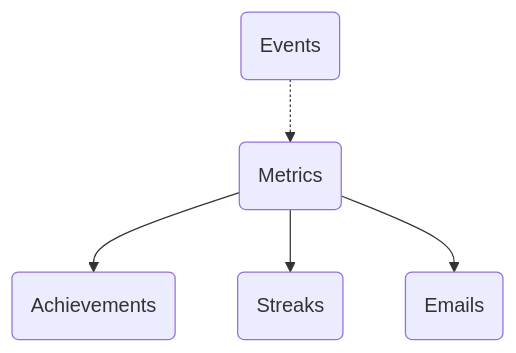
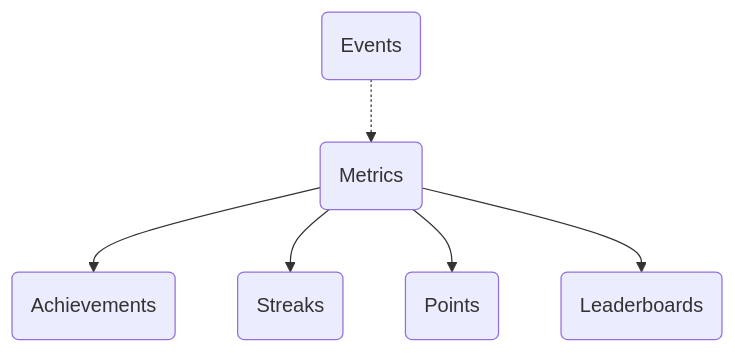
One commit to trophyso/docs changed the diagram in guides/gamified-study-platform.mdx. Above: the diagram before and after it, drawn with Mermaid. The commit also changed other lines of this file, not shown here.

````diff
--- a/guides/gamified-study-platform.mdx
+++ b/guides/gamified-study-platform.mdx
@@ -702,12 +702,14 @@
 ```mermaid
 flowchart TD
     A@{ shape: rounded, label: "Events" }
     B@{ shape: rounded, label: "Metrics" }
     C@{ shape: rounded, label: "Achievements" }
     D@{ shape: rounded, label: "Streaks" }
-    E@{ shape: rounded, label: "Emails" }
+    E@{ shape: rounded, label: "Points" }
+    F@{ shape: rounded, label: "Leaderboards" }
     A-.->B
     B-->C
     B-->D
     B-->E
+    B-->F
 ```
````
